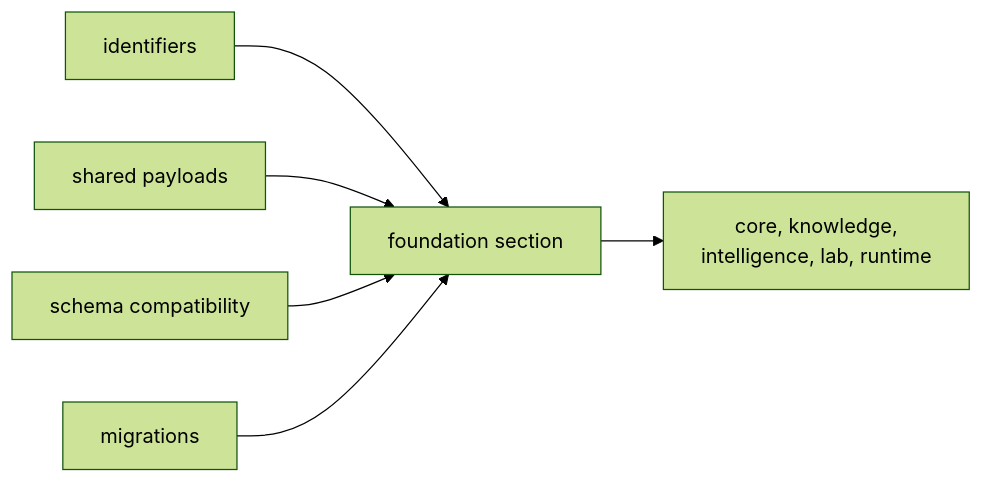
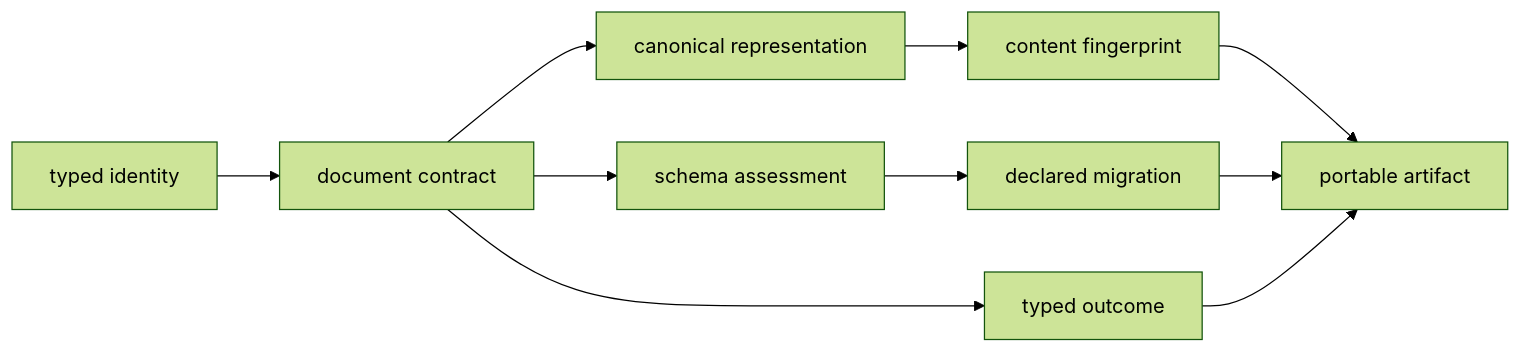
One commit to bijux/bijux-proteomics changed the first of 2 diagrams in docs/03-bijux-proteomics-foundation/foundation/index.md. Above: the diagram before and after it, drawn with Mermaid (forest theme). The commit also changed other lines of this file and 4 other files, not shown here.

Commit message:
docs(foundation): distinguish compatibility and shared contracts

````diff
--- a/docs/03-bijux-proteomics-foundation/foundation/index.md
+++ b/docs/03-bijux-proteomics-foundation/foundation/index.md
@@ -24,15 +17,12 @@
 ```mermaid
 flowchart LR
-    ids["identifiers"]
-    payloads["shared payloads"]
-    schema["schema compatibility"]
-    migrations["migrations"]
-    foundation["foundation section"]
-    downstream["core, knowledge,<br/>intelligence, lab, runtime"]
-
-    ids --> foundation
-    payloads --> foundation
-    schema --> foundation
-    migrations --> foundation
-    foundation --> downstream
+    I["typed identity"] --> D["document contract"]
+    D --> C["canonical representation"]
+    C --> H["content fingerprint"]
+    D --> V["schema assessment"]
+    V --> M["declared migration"]
+    D --> O["typed outcome"]
+    H --> P["portable artifact"]
+    M --> P
+    O --> P
 ```
````
